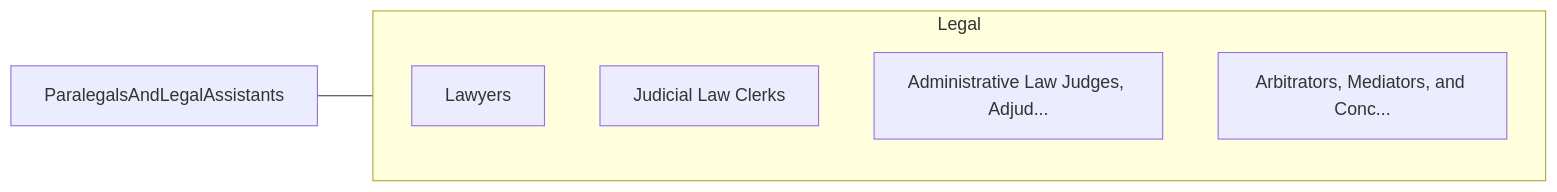
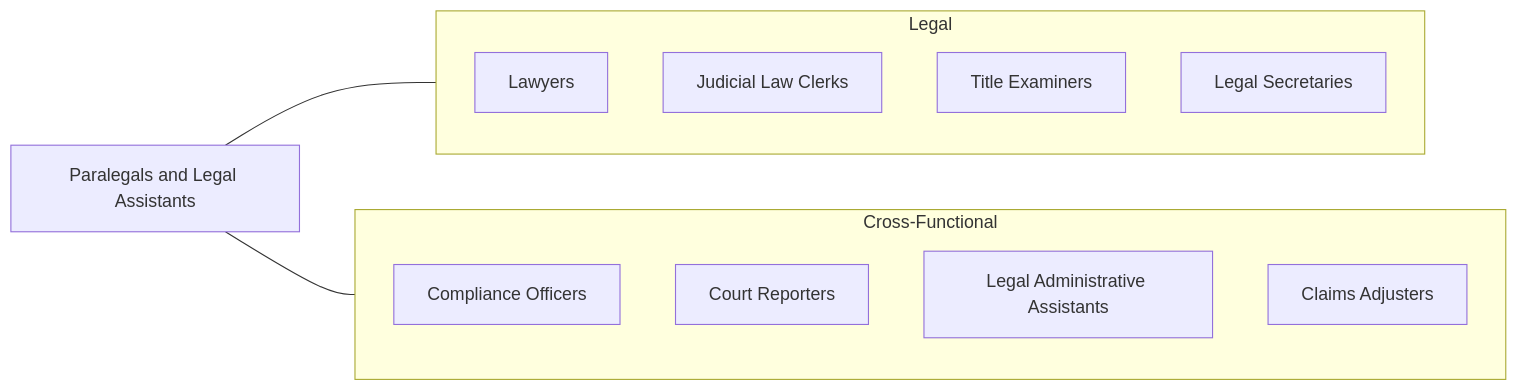
One commit to kziemski/business.org.ai changed the fourth of 4 diagrams in occupations/Legal/ParalegalsAndLegalAssistants.mdx. Above: the diagram before and after it, drawn with Mermaid. The commit also changed other lines of this file and 938 other files, not shown here.

````diff
--- a/occupations/Legal/ParalegalsAndLegalAssistants.mdx
+++ b/occupations/Legal/ParalegalsAndLegalAssistants.mdx
@@ -123,13 +212,21 @@
 ```mermaid
 graph LR
-    Current["ParalegalsAndLegalAssistants"]
+    Current["Paralegals and Legal Assistants"]
 
     subgraph SameCategory["Legal"]
         Lawyers["Lawyers"]
-        JudicialLawClerks["Judicial Law Clerks"]
-        AdministrativeLawJud["Administrative Law Judges, Adjud..."]
-        ArbitratorsMediators["Arbitrators, Mediators, and Conc..."]
+        JLC["Judicial Law Clerks"]
+        TitleExaminers["Title Examiners"]
+        LegalSecretaries["Legal Secretaries"]
+    end
+
+    subgraph CrossFunctional["Cross-Functional"]
+        CompOfficers["Compliance Officers"]
+        CourtReporters["Court Reporters"]
+        LegalSecAdmin["Legal Administrative Assistants"]
+        ClaimsAdjusters["Claims Adjusters"]
     end
 
     Current --- SameCategory
+    Current --- CrossFunctional
 ```
````
